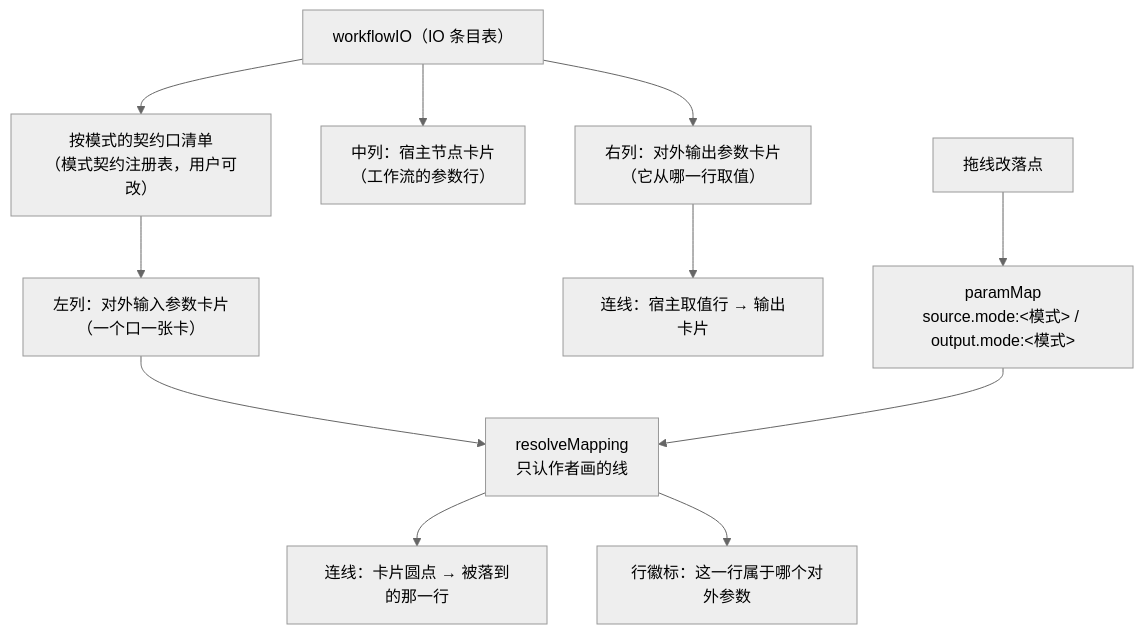
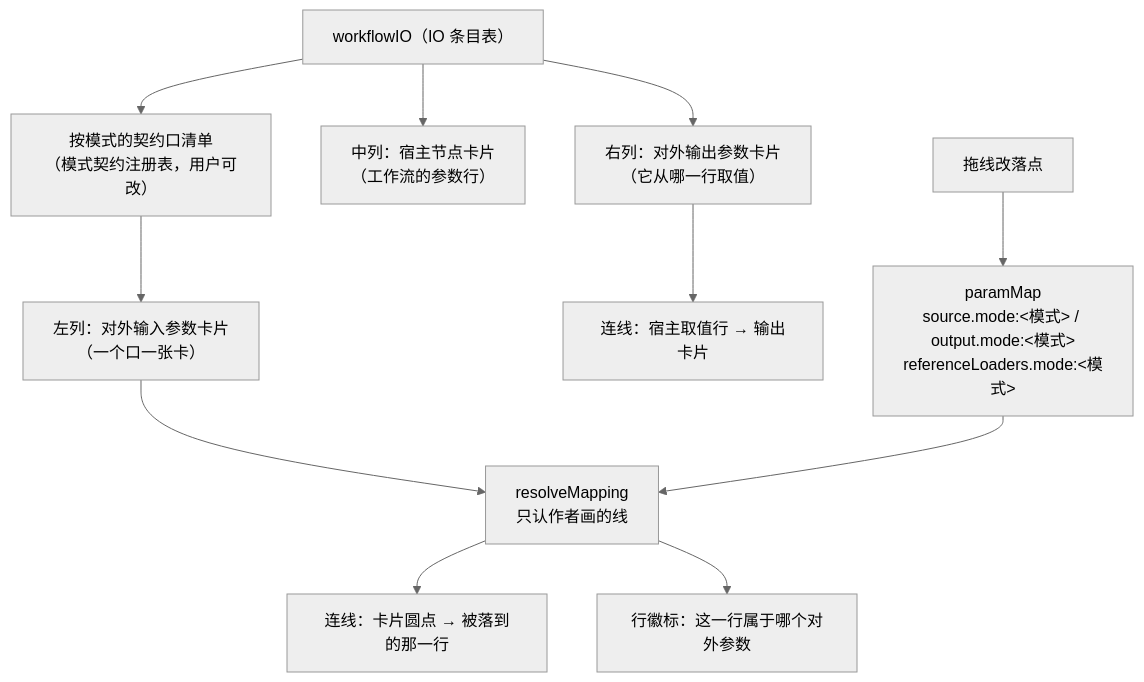
The fifth of 10 diagrams in docs/guides/feature-workflow-library-flow.md (wuxianyuedu/comfy-app), drawn with Mermaid (neutral theme) before and after one commit. The commit also changed other lines of this file and 32 other files, not shown here.

First line of the commit message:
feat(workshop): 参考图装载预设——多参考图执行期动态建链 + 扇出（#4376）

````diff
--- a/docs/guides/feature-workflow-library-flow.md
+++ b/docs/guides/feature-workflow-library-flow.md
@@ -179,13 +179,13 @@
 ```mermaid
 flowchart TD
   IO["workflowIO（IO 条目表）"] --> CONTRACT["按模式的契约口清单<br/>（模式契约注册表，用户可改）"]
   CONTRACT --> CARDS["左列：对外输入参数卡片<br/>（一个口一张卡）"]
   IO --> HOST["中列：宿主节点卡片<br/>（工作流的参数行）"]
   CARDS --> RESOLVE["resolveMapping<br/>只认作者画的线"]
   RESOLVE --> WIRES["连线：卡片圆点 → 被落到的那一行"]
   RESOLVE --> OWNERS["行徽标：这一行属于哪个对外参数"]
   IO --> OUT["右列：对外输出参数卡片<br/>（它从哪一行取值）"]
   OUT --> OWIRE["连线：宿主取值行 → 输出卡片"]
-  DRAG["拖线改落点"] --> PM["paramMap<br/>source.mode:&lt;模式&gt; / output.mode:&lt;模式&gt;"]
+  DRAG["拖线改落点"] --> PM["paramMap<br/>source.mode:&lt;模式&gt; / output.mode:&lt;模式&gt;<br/>referenceLoaders.mode:&lt;模式&gt;"]
   PM --> RESOLVE
 ```
````
